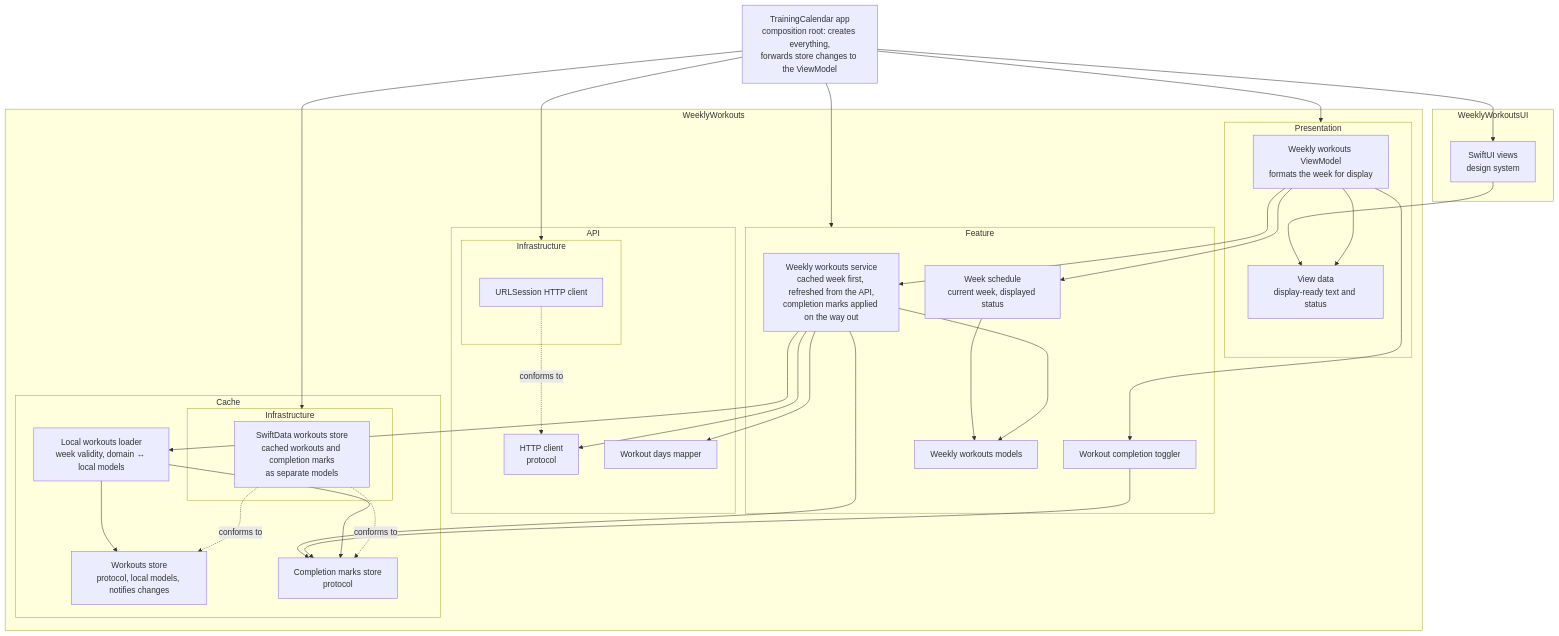
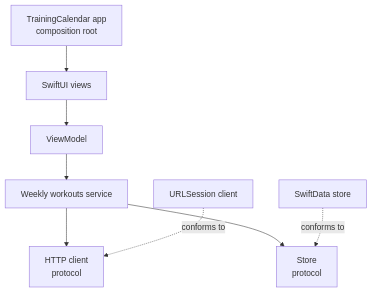
One commit to tringuyen623/training-calendar changed the second of 2 diagrams in README.md. Above: the diagram before and after it, drawn with Mermaid. The commit also changed other lines of this file, not shown here.

Commit message:
Simplify the flowchart and the architecture diagram to the main data and cache flow

````diff
--- a/README.md
+++ b/README.md
@@ -391,58 +378,10 @@
 ```mermaid
 graph TD
-    App["TrainingCalendar app<br/>composition root: creates everything,<br/>forwards store changes to the ViewModel"] --> UI
-    App --> Presentation
-    App --> Feature
-    App --> CacheInfra
-    App --> APIInfra
-
-    subgraph UITarget["WeeklyWorkoutsUI"]
-        UI["SwiftUI views<br/>design system"]
-    end
-
-    subgraph Package["WeeklyWorkouts"]
-        subgraph Presentation["Presentation"]
-            ViewModel["Weekly workouts ViewModel<br/>formats the week for display"]
-            ViewData["View data<br/>display-ready text and status"]
-        end
-        subgraph Feature["Feature"]
-            Service["Weekly workouts service<br/>cached week first, refreshed from the API,<br/>completion marks applied on the way out"]
-            Toggler["Workout completion toggler"]
-            Schedule["Week schedule<br/>current week, displayed status"]
-            Models["Weekly workouts models"]
-        end
-        subgraph API["API"]
-            Client["HTTP client<br/>protocol"]
-            Mapper["Workout days mapper"]
-            subgraph APIInfra["Infrastructure"]
-                URLSession["URLSession HTTP client"]
-            end
-        end
-        subgraph Cache["Cache"]
-            Local["Local workouts loader<br/>week validity, domain ↔ local models"]
-            Store["Workouts store<br/>protocol, local models, notifies changes"]
-            Marks["Completion marks store<br/>protocol"]
-            subgraph CacheInfra["Infrastructure"]
-                SwiftData["SwiftData workouts store<br/>cached workouts and completion marks<br/>as separate models"]
-            end
-        end
-    end
-
-    UI --> ViewData
-    ViewModel --> ViewData
-    ViewModel --> Service
-    ViewModel --> Toggler
-    ViewModel --> Schedule
-    Schedule --> Models
-    Service --> Client
-    Service --> Mapper
-    Service --> Local
-    Service --> Marks
-    Service --> Models
-    Toggler --> Marks
-    Local --> Store
-    Local --> Marks
-    URLSession -. conforms to .-> Client
-    SwiftData -. conforms to .-> Store
-    SwiftData -. conforms to .-> Marks
+    App["TrainingCalendar app<br/>composition root"] --> UI["SwiftUI views"]
+    UI --> ViewModel["ViewModel"]
+    ViewModel --> Service["Weekly workouts service"]
+    Service --> Client["HTTP client<br/>protocol"]
+    Service --> Store["Store<br/>protocol"]
+    URLSession["URLSession client"] -. conforms to .-> Client
+    SwiftData["SwiftData store"] -. conforms to .-> Store
 ```
````
